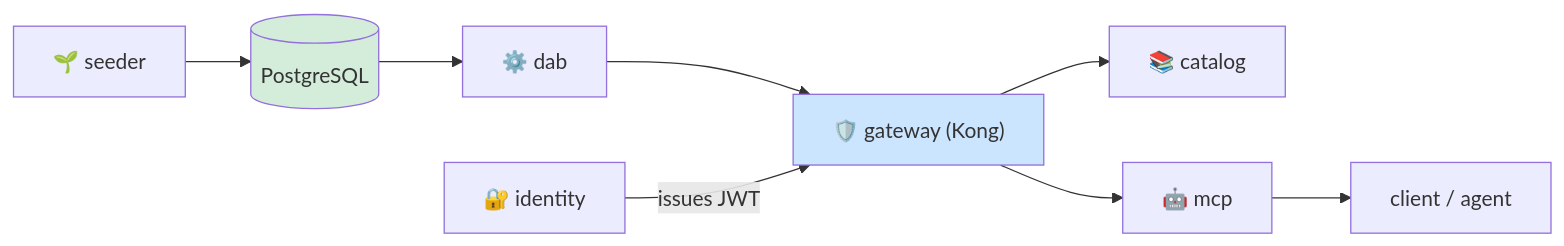
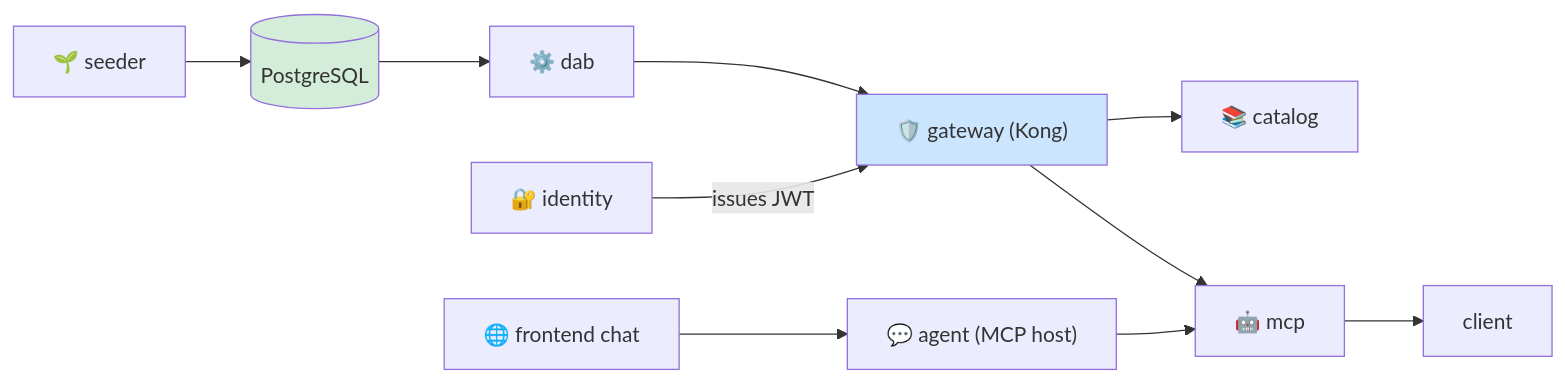
Before and after one commit to fgarofalo56/nasa-api-first-poc: the second of 2 diagrams in docs/README.md, drawn with Mermaid. The commit also changed other lines of this file and 13 other files, not shown here.

````diff
--- a/docs/README.md
+++ b/docs/README.md
@@ -350,12 +356,14 @@
 ```mermaid
 flowchart LR
     SEED["🌱 seeder"] --> PG[("PostgreSQL")]
     PG --> DAB["⚙️ dab"]
     DAB --> KONG["🛡️ gateway (Kong)"]
     ID["🔐 identity"] -->|issues JWT| KONG
     KONG --> CAT["📚 catalog"]
     KONG --> MCP["🤖 mcp"]
-    MCP --> CLIENT["client / agent"]
+    AGENT["💬 agent (MCP host)"] --> MCP
+    MCP --> CLIENT["client"]
+    UI["🌐 frontend chat"] --> AGENT
     style KONG fill:#cce5ff
     style PG fill:#d4edda
 ```
````
